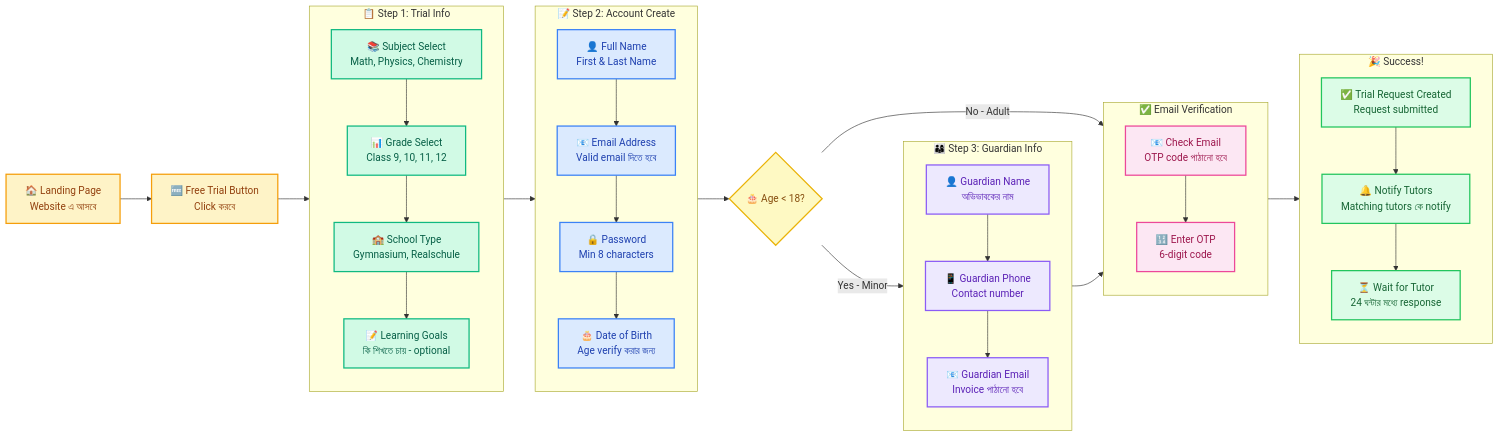
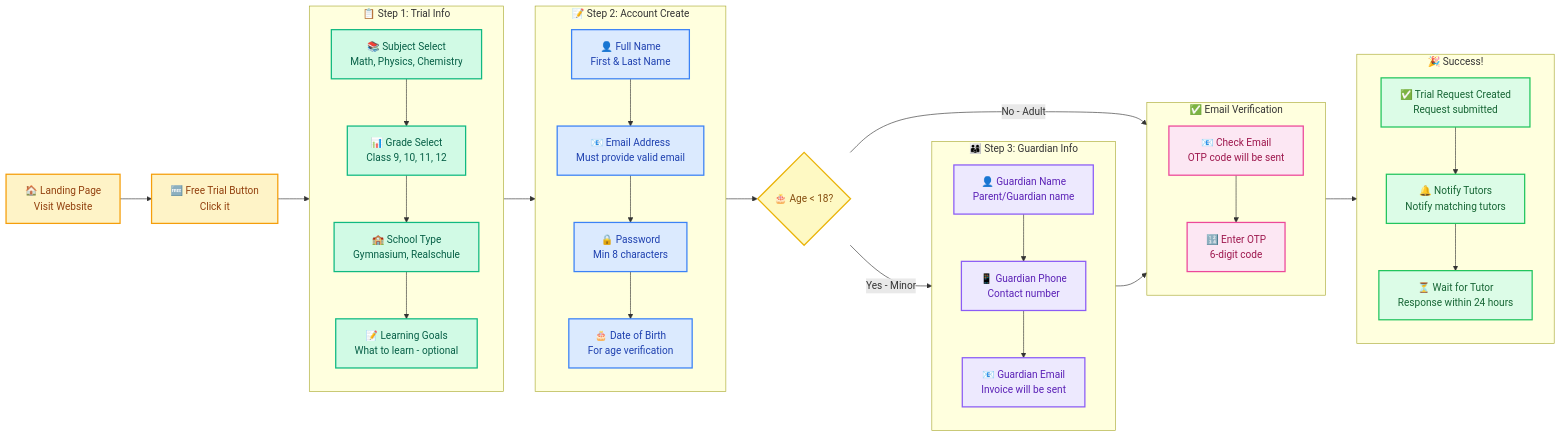
Before and after one commit to KhaledAhmed2004/lms-mackteplace: the third of 41 diagrams in public/USER-JOURNEYS.md, drawn with Mermaid. The commit also changed other lines of this file and 5 other files, not shown here.

````diff
--- a/public/USER-JOURNEYS.md
+++ b/public/USER-JOURNEYS.md
@@ -283,60 +283,60 @@
 ```mermaid
 flowchart LR
-    A[🏠 Landing Page<br/>Website এ আসবে] --> B[🆓 Free Trial Button<br/>Click করবে]
+    A[🏠 Landing Page<br/>Visit Website] --> B[🆓 Free Trial Button<br/>Click it]
 
     subgraph Step1[📋 Step 1: Trial Info]
         direction TB
         C1[📚 Subject Select<br/>Math, Physics, Chemistry] --> C2[📊 Grade Select<br/>Class 9, 10, 11, 12]
         C2 --> C3[🏫 School Type<br/>Gymnasium, Realschule]
-        C3 --> C4[📝 Learning Goals<br/>কি শিখতে চায় - optional]
+        C3 --> C4[📝 Learning Goals<br/>What to learn - optional]
     end
 
     subgraph Step2[📝 Step 2: Account Create]
         direction TB
-        D1[👤 Full Name<br/>First & Last Name] --> D2[📧 Email Address<br/>Valid email দিতে হবে]
+        D1[👤 Full Name<br/>First & Last Name] --> D2[📧 Email Address<br/>Must provide valid email]
         D2 --> D3[🔒 Password<br/>Min 8 characters]
-        D3 --> D4[🎂 Date of Birth<br/>Age verify করার জন্য]
+        D3 --> D4[🎂 Date of Birth<br/>For age verification]
     end
 
     subgraph Step3[👨‍👩‍👦 Step 3: Guardian Info]
         direction TB
-        F1[👤 Guardian Name<br/>অভিভাবকের নাম] --> F2[📱 Guardian Phone<br/>Contact number]
-        F2 --> F3[📧 Guardian Email<br/>Invoice পাঠানো হবে]
+        F1[👤 Guardian Name<br/>Parent/Guardian name] --> F2[📱 Guardian Phone<br/>Contact number]
+        F2 --> F3[📧 Guardian Email<br/>Invoice will be sent]
     end
 
     subgraph Verify[✅ Email Verification]
         direction TB
-        G[📧 Check Email<br/>OTP code পাঠানো হবে] --> G1[🔢 Enter OTP<br/>6-digit code]
+        G[📧 Check Email<br/>OTP code will be sent] --> G1[🔢 Enter OTP<br/>6-digit code]
     end
 
     subgraph Success[🎉 Success!]
         direction TB
-        H[✅ Trial Request Created<br/>Request submitted] --> I[🔔 Notify Tutors<br/>Matching tutors কে notify]
-        I --> J[⏳ Wait for Tutor<br/>24 ঘন্টার মধ্যে response]
+        H[✅ Trial Request Created<br/>Request submitted] --> I[🔔 Notify Tutors<br/>Notify matching tutors]
+        I --> J[⏳ Wait for Tutor<br/>Response within 24 hours]
     end
 
     B --> Step1
     Step1 --> Step2
     Step2 --> E{🎂 Age < 18?}
     E -->|Yes - Minor| Step3
     E -->|No - Adult| Verify
     Step3 --> Verify
     Verify --> Success
 
     %% Colors
     classDef startStyle fill:#fef3c7,stroke:#f59e0b,stroke-width:2px,color:#92400e
     classDef step1Style fill:#d1fae5,stroke:#10b981,stroke-width:2px,color:#065f46
     classDef step2Style fill:#dbeafe,stroke:#3b82f6,stroke-width:2px,color:#1e40af
     classDef step3Style fill:#ede9fe,stroke:#8b5cf6,stroke-width:2px,color:#5b21b6
     classDef verifyStyle fill:#fce7f3,stroke:#ec4899,stroke-width:2px,color:#9d174d
     classDef successStyle fill:#dcfce7,stroke:#22c55e,stroke-width:2px,color:#166534
     classDef decisionStyle fill:#fef9c3,stroke:#eab308,stroke-width:2px,color:#854d0e
 
     class A,B startStyle
     class C1,C2,C3,C4 step1Style
     class D1,D2,D3,D4 step2Style
     class F1,F2,F3 step3Style
     class G,G1 verifyStyle
     class H,I,J successStyle
     class E decisionStyle
 ```
````
